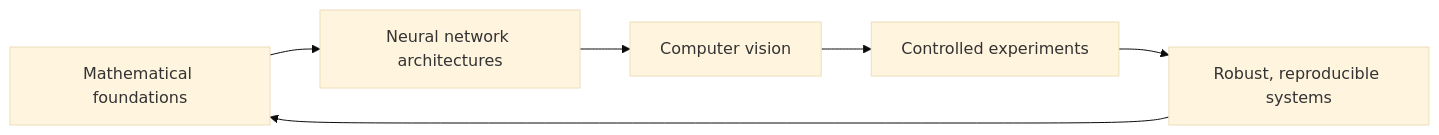
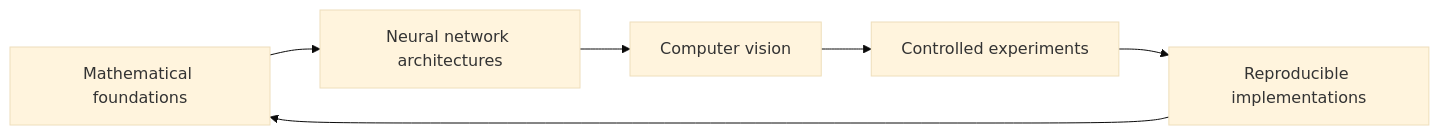
Before and after one commit to aliasgharebrahimi/aliasgharebrahimi: the diagram in README.md, drawn with Mermaid (base theme). The commit also changed other lines of this file, not shown here.

````diff
--- a/README.md
+++ b/README.md
@@ -125,8 +126,8 @@
 ```mermaid
 flowchart LR
     A[Mathematical foundations] --> B[Neural network architectures]
     B --> C[Computer vision]
     C --> D[Controlled experiments]
-    D --> E[Robust, reproducible systems]
+    D --> E[Reproducible implementations]
     E --> A
 ```
````
